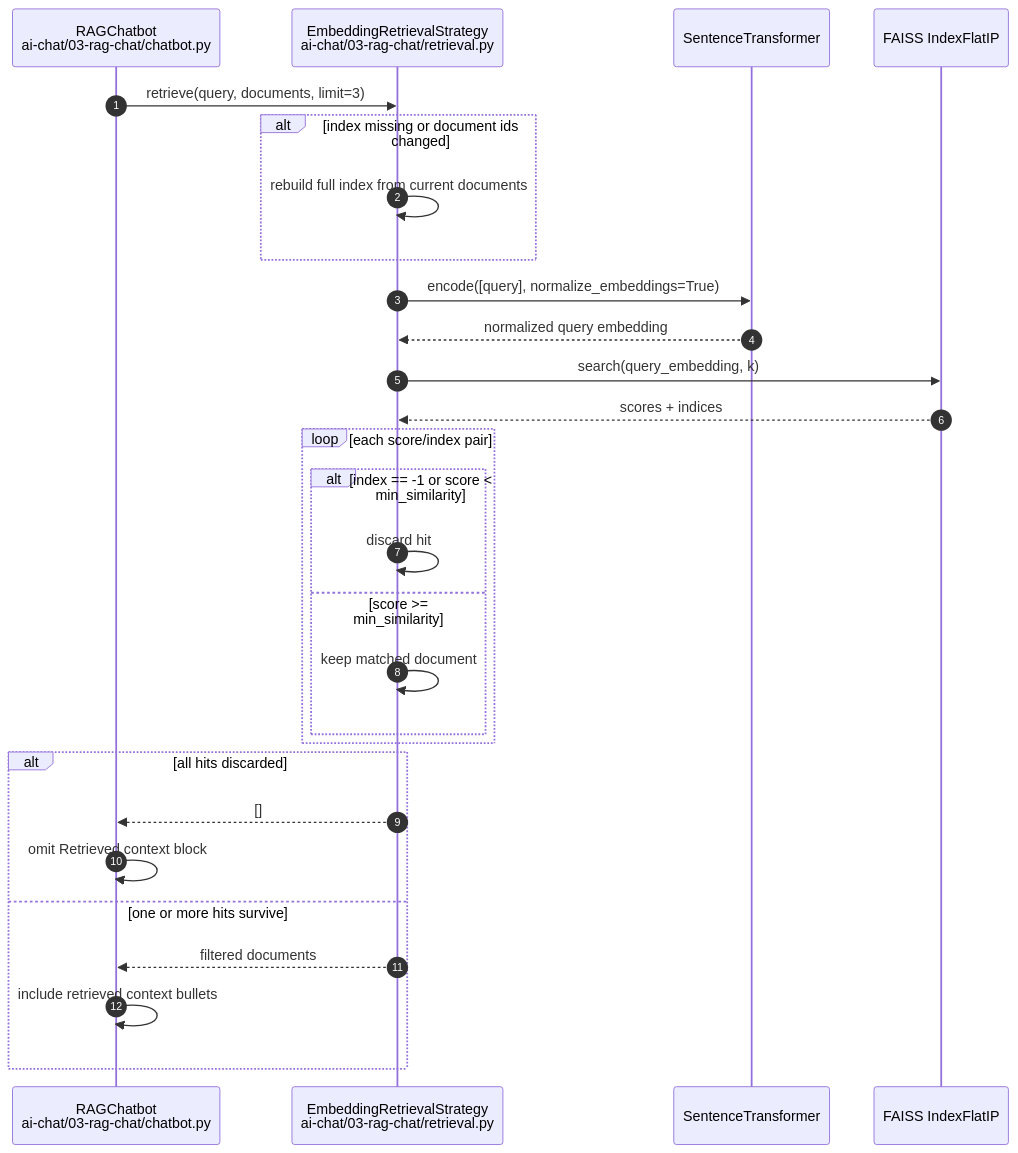
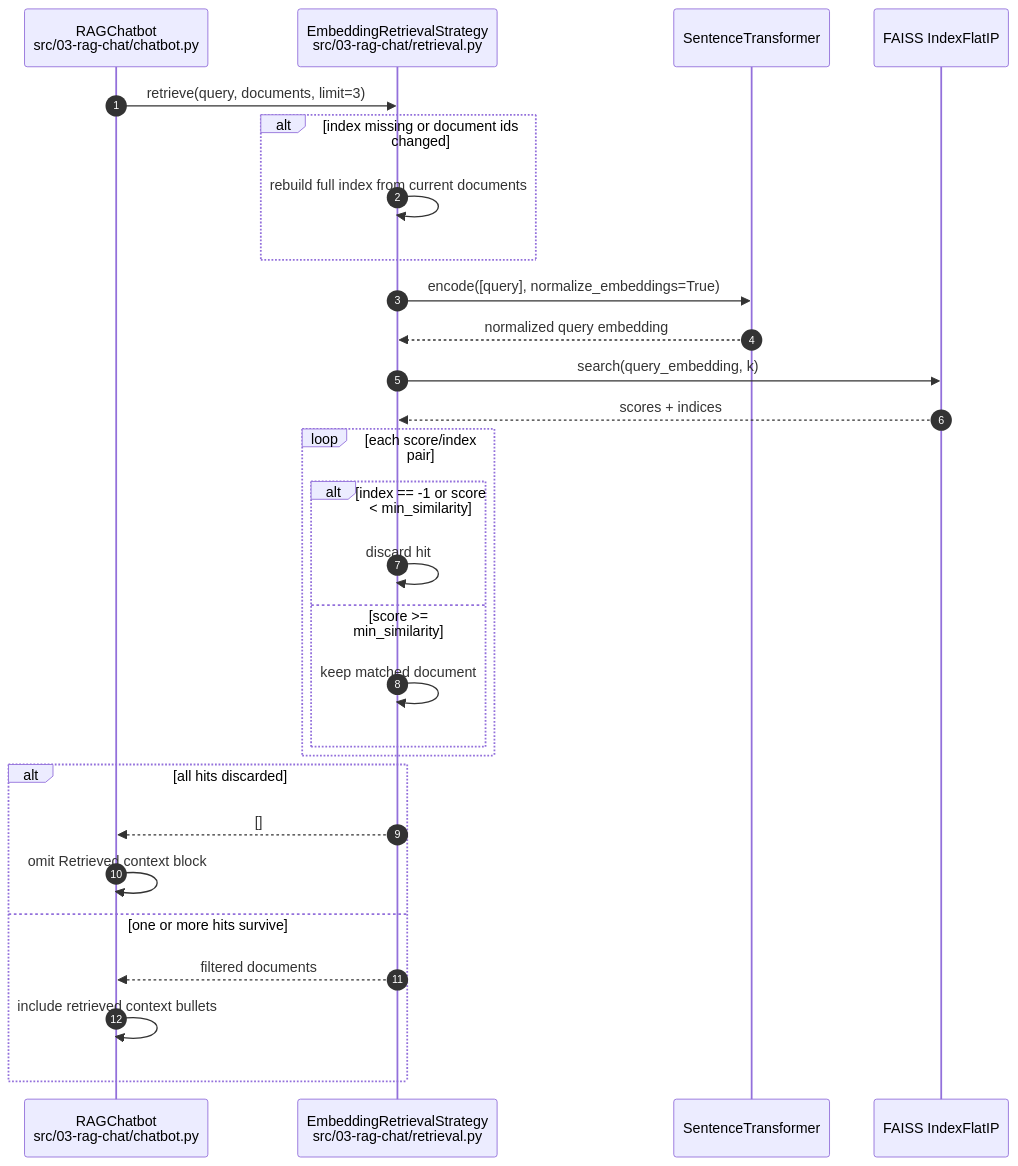
The sixth of 8 diagrams in Architecture.md (yao-creative/ai-playground), drawn with Mermaid before and after one commit. The commit also changed other lines of this file and 6 other files, not shown here.

Commit message:
renamed ai-chat to src

````diff
--- a/Architecture.md
+++ b/Architecture.md
@@ -472,31 +472,31 @@
 ```mermaid
 sequenceDiagram
     autonumber
-    participant Bot as RAGChatbot<br/>ai-chat/03-rag-chat/chatbot.py
-    participant Embed as EmbeddingRetrievalStrategy<br/>ai-chat/03-rag-chat/retrieval.py
+    participant Bot as RAGChatbot<br/>src/03-rag-chat/chatbot.py
+    participant Embed as EmbeddingRetrievalStrategy<br/>src/03-rag-chat/retrieval.py
     participant ST as SentenceTransformer
     participant Faiss as FAISS IndexFlatIP
 
     Bot->>Embed: retrieve(query, documents, limit=3)
     alt index missing or document ids changed
         Embed->>Embed: rebuild full index from current documents
     end
     Embed->>ST: encode([query], normalize_embeddings=True)
     ST-->>Embed: normalized query embedding
     Embed->>Faiss: search(query_embedding, k)
     Faiss-->>Embed: scores + indices
     loop each score/index pair
         alt index == -1 or score < min_similarity
             Embed->>Embed: discard hit
         else score >= min_similarity
             Embed->>Embed: keep matched document
         end
     end
     alt all hits discarded
         Embed-->>Bot: []
         Bot->>Bot: omit Retrieved context block
     else one or more hits survive
         Embed-->>Bot: filtered documents
         Bot->>Bot: include retrieved context bullets
     end
 ```
````
